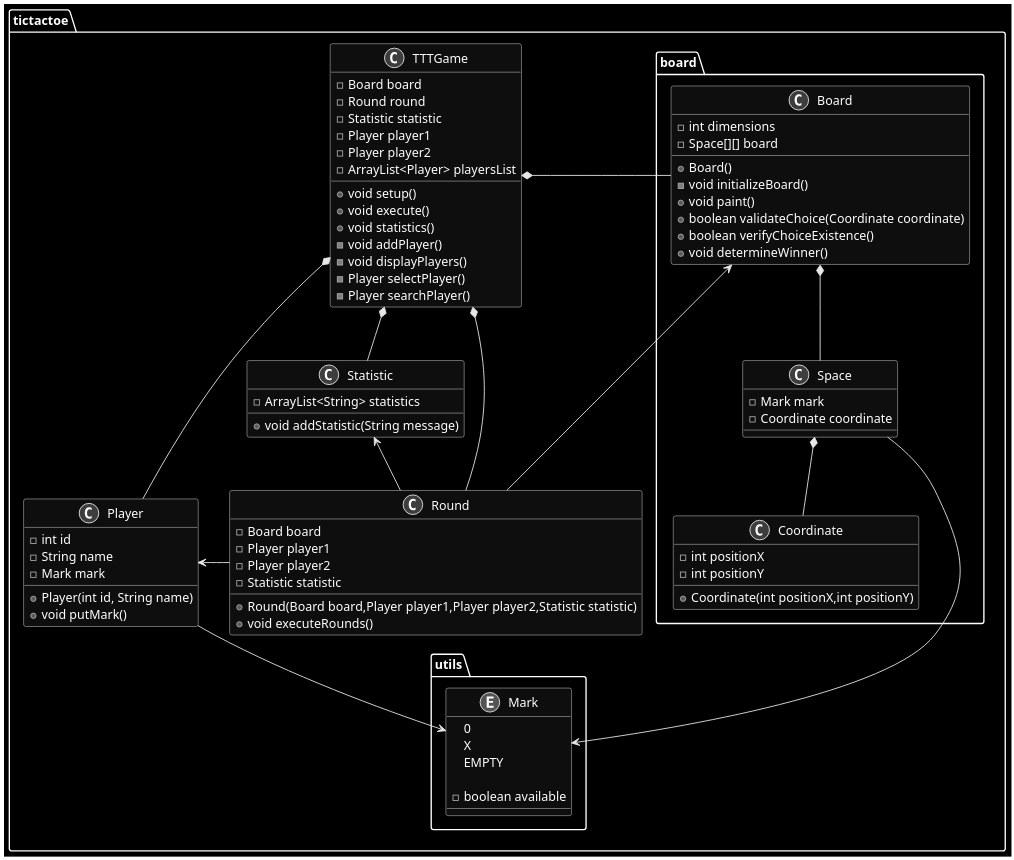
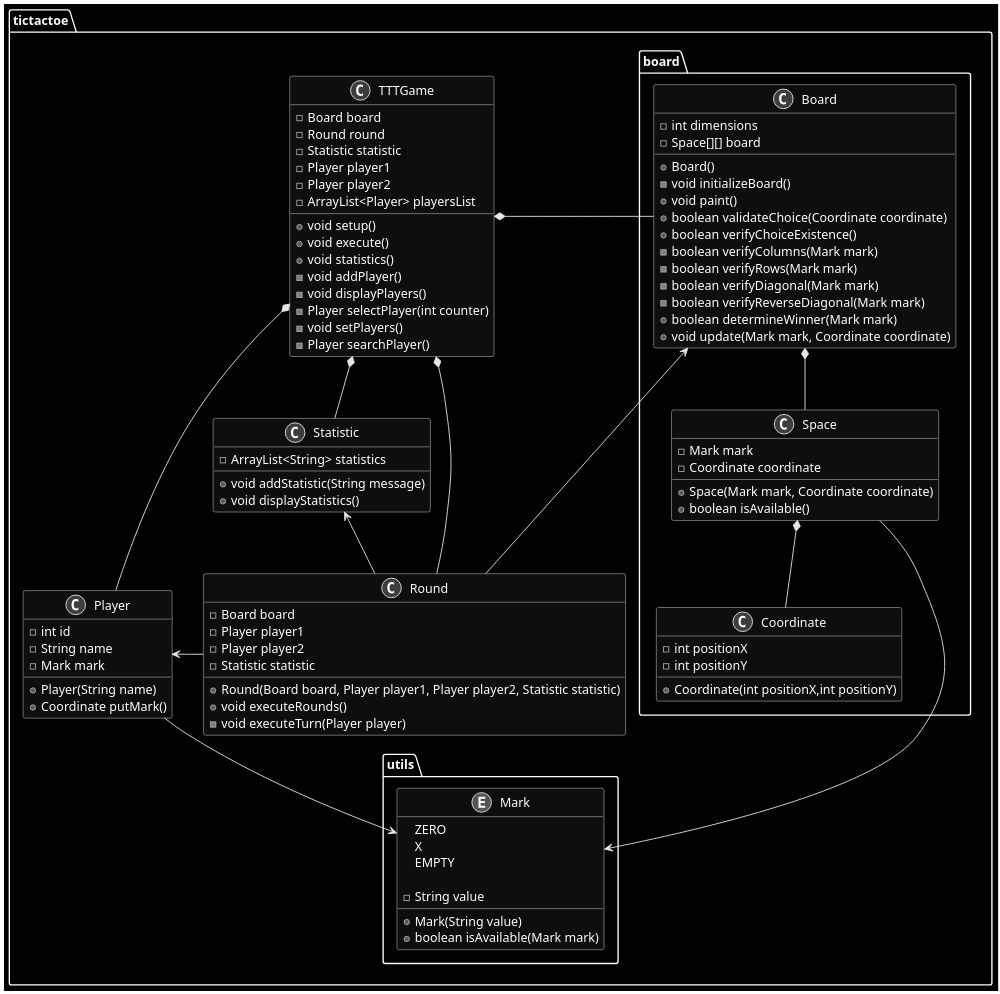
Before and after one commit to oliver-sierra-telus/DSU-TicTacToe: the diagram in docs/ClassModel.wsd, drawn with PlantUML. The commit also changed 1 other file, not shown here.

```diff
--- a/docs/ClassModel.wsd
+++ b/docs/ClassModel.wsd
@@ -1,102 +1,116 @@
 @startuml ClassModel
 
 skinparam monochrome reverse
 
 package tictactoe{
     class TTTGame{
         -Board board
         -Round round
         -Statistic statistic
         -Player player1
         -Player player2
         -ArrayList<Player> playersList
 
         +void setup()
         +void execute()
         +void statistics()
         -void addPlayer()
         -void displayPlayers()
-        -Player selectPlayer()
+        -Player selectPlayer(int counter)
+        -void setPlayers()
         -Player searchPlayer()
     }
 
     class Player{
         -int id
         -String name
         -Mark mark
 
-        +Player(int id, String name)
-        +void putMark()
+        +Player(String name)
+        +Coordinate putMark()
     }
 
     class Round{
         -Board board
         -Player player1
         -Player player2
         -Statistic statistic
 
-        +Round(Board board,Player player1,Player player2,Statistic statistic)
+        +Round(Board board, Player player1, Player player2, Statistic statistic)
         +void executeRounds()
+        -void executeTurn(Player player)
     }
 
     class Statistic{
         -ArrayList<String> statistics
 
         +void addStatistic(String message)
+        +void displayStatistics()
     }
 
     package board{
         class Board{
             -int dimensions
             -Space[][] board
 
             +Board()
             -void initializeBoard()
             +void paint()
             +boolean validateChoice(Coordinate coordinate)
             +boolean verifyChoiceExistence()
-            +void determineWinner()
+            -boolean verifyColumns(Mark mark)
+            -boolean verifyRows(Mark mark)
+            -boolean verifyDiagonal(Mark mark)
+            -boolean verifyReverseDiagonal(Mark mark)
+            +boolean determineWinner(Mark mark)
+            +void update(Mark mark, Coordinate coordinate)
         }
 
         class Space{
             -Mark mark
             -Coordinate coordinate
+
+            +Space(Mark mark, Coordinate coordinate)
+            +boolean isAvailable()
         }
 
         class Coordinate{
             -int positionX
             -int positionY
 
             +Coordinate(int positionX,int positionY)
         }
     }
 
     package utils{
         enum Mark{
-            0
+            ZERO
             X
             EMPTY
 
-            -boolean available
+            -String value
+
+            +Mark(String value)
+            +boolean isAvailable(Mark mark)
         }
     }
 }
 
 TTTGame *-left- Board
 TTTGame *-- Player
 TTTGame *-- Round
 TTTGame *-- Statistic
 
 Board *-- Space
 
 Space *-- Coordinate
 
 Round -left-> Board
 Round -right-> Player
 
 Statistic <-- Round
 
 Player --> Mark
 Space --> Mark
 
 @enduml
```
